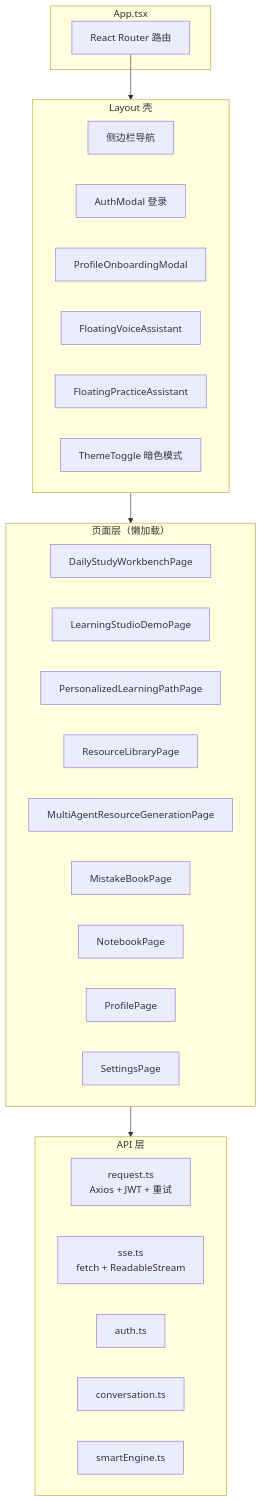
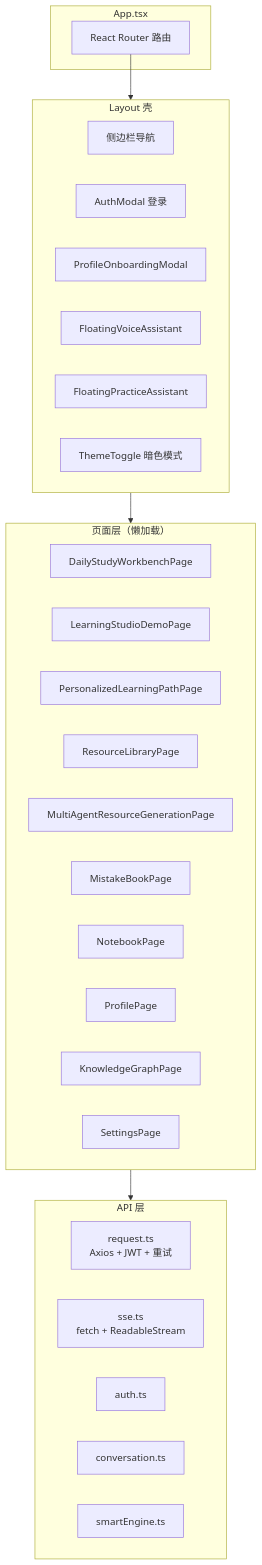
The fourth of 22 diagrams in docs/架构文档.md (zzp1221/Multi-Agent-Learning-System), drawn with Mermaid before and after one commit. The commit also changed other lines of this file and 39 other files, not shown here.

````diff
--- a/docs/架构文档.md
+++ b/docs/架构文档.md
@@ -227,39 +242,40 @@
 ```mermaid
 graph TB
     subgraph App["App.tsx"]
         Router["React Router 路由"]
     end
     
     subgraph Layout["Layout 壳"]
         Sidebar["侧边栏导航"]
         Auth["AuthModal 登录"]
         Onboard["ProfileOnboardingModal"]
         Voice["FloatingVoiceAssistant"]
         Practice["FloatingPracticeAssistant"]
         Theme["ThemeToggle 暗色模式"]
     end
     
     subgraph Pages["页面层（懒加载）"]
         P1["DailyStudyWorkbenchPage"]
         P2["LearningStudioDemoPage"]
         P3["PersonalizedLearningPathPage"]
         P4["ResourceLibraryPage"]
         P5["MultiAgentResourceGenerationPage"]
         P6["MistakeBookPage"]
         P7["NotebookPage"]
         P8["ProfilePage"]
-        P9["SettingsPage"]
+        P9["KnowledgeGraphPage"]
+        P10["SettingsPage"]
     end
     
     subgraph API["API 层"]
         Req["request.ts<br/>Axios + JWT + 重试"]
         SSE["sse.ts<br/>fetch + ReadableStream"]
         AuthAPI["auth.ts"]
         ConvAPI["conversation.ts"]
         SEAPI["smartEngine.ts"]
     end
     
     Router --> Layout
     Layout --> Pages
     Pages --> API
 ```
````
